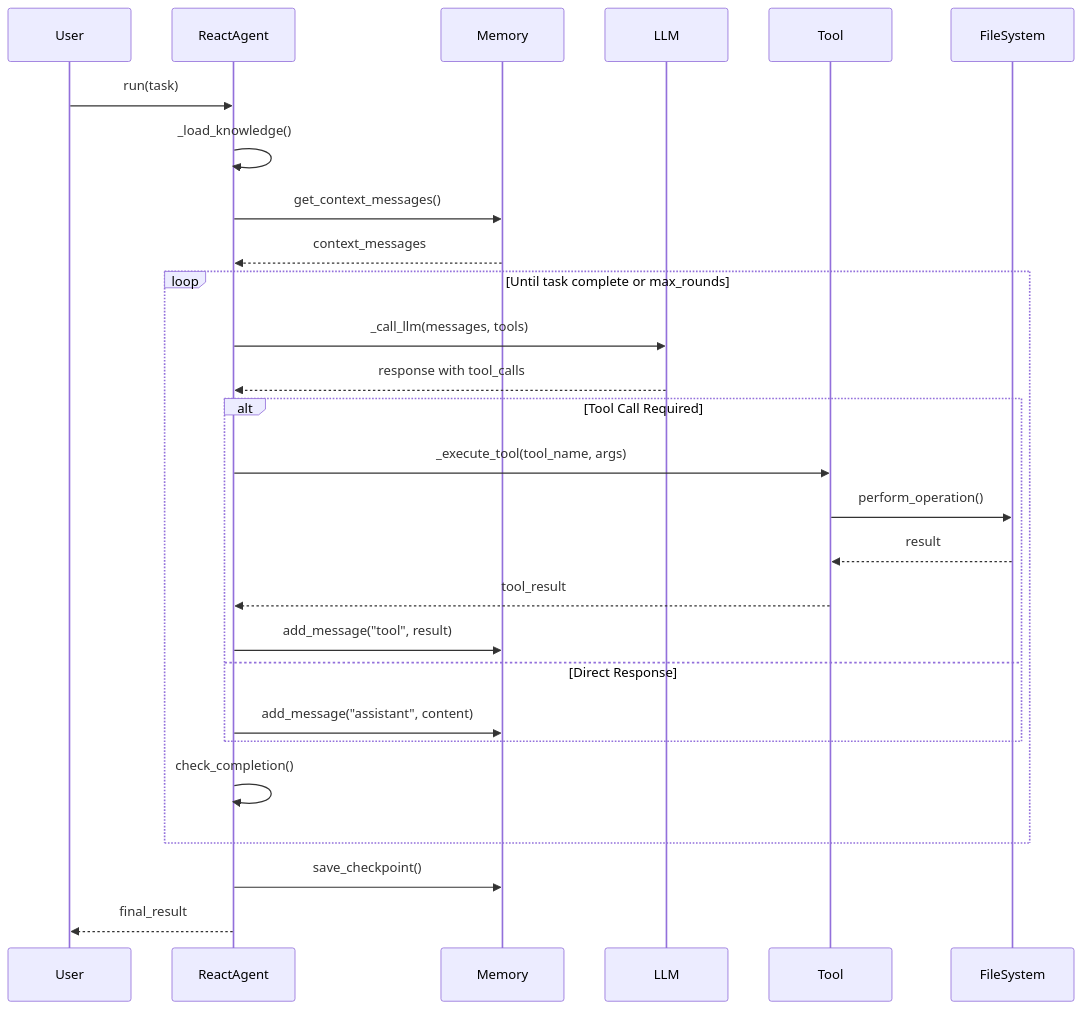
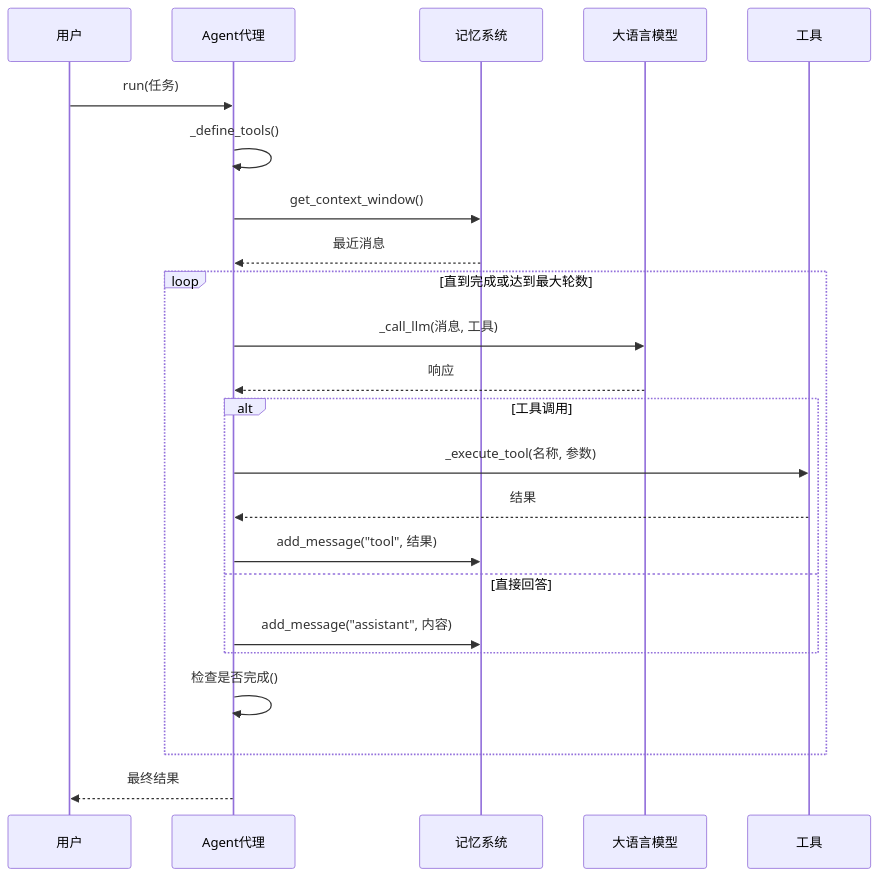
The first of 8 diagrams in pim-compiler/react_is_all_you_need/uml_model/interaction_diagram.md (guci314/mda), drawn with Mermaid before and after one commit. The commit also changed other lines of this file and 42 other files, not shown here.

````diff
--- a/pim-compiler/react_is_all_you_need/uml_model/interaction_diagram.md
+++ b/pim-compiler/react_is_all_you_need/uml_model/interaction_diagram.md
@@ -8,34 +8,30 @@
 ```mermaid
 sequenceDiagram
-    participant User
-    participant ReactAgent
-    participant Memory
-    participant LLM
-    participant Tool
-    participant FileSystem
+    participant 用户
+    participant Agent代理
+    participant 记忆系统
+    participant 大语言模型
+    participant 工具
 
-    User->>ReactAgent: run(task)
-    ReactAgent->>ReactAgent: _load_knowledge()
-    ReactAgent->>Memory: get_context_messages()
-    Memory-->>ReactAgent: context_messages
+    用户->>Agent代理: run(任务)
+    Agent代理->>Agent代理: _define_tools()
+    Agent代理->>记忆系统: get_context_window()
+    记忆系统-->>Agent代理: 最近消息
     
-    loop Until task complete or max_rounds
-        ReactAgent->>LLM: _call_llm(messages, tools)
-        LLM-->>ReactAgent: response with tool_calls
+    loop 直到完成或达到最大轮数
+        Agent代理->>大语言模型: _call_llm(消息, 工具)
+        大语言模型-->>Agent代理: 响应
         
-        alt Tool Call Required
-            ReactAgent->>Tool: _execute_tool(tool_name, args)
-            Tool->>FileSystem: perform_operation()
-            FileSystem-->>Tool: result
-            Tool-->>ReactAgent: tool_result
-            ReactAgent->>Memory: add_message("tool", result)
-        else Direct Response
-            ReactAgent->>Memory: add_message("assistant", content)
+        alt 工具调用
+            Agent代理->>工具: _execute_tool(名称, 参数)
+            工具-->>Agent代理: 结果
+            Agent代理->>记忆系统: add_message("tool", 结果)
+        else 直接回答
+            Agent代理->>记忆系统: add_message("assistant", 内容)
         end
         
-        ReactAgent->>ReactAgent: check_completion()
+        Agent代理->>Agent代理: 检查是否完成()
     end
     
-    ReactAgent->>Memory: save_checkpoint()
-    ReactAgent-->>User: final_result
+    Agent代理-->>用户: 最终结果
 ```
````
